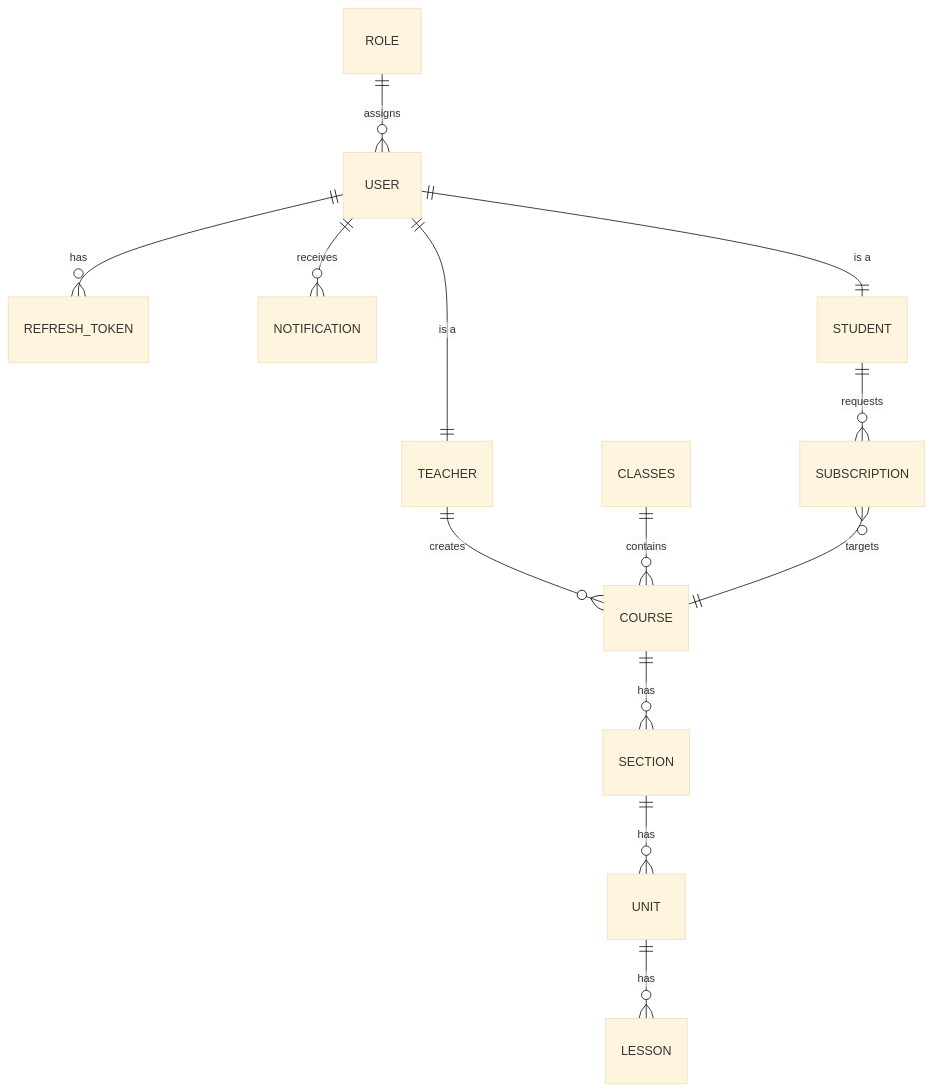
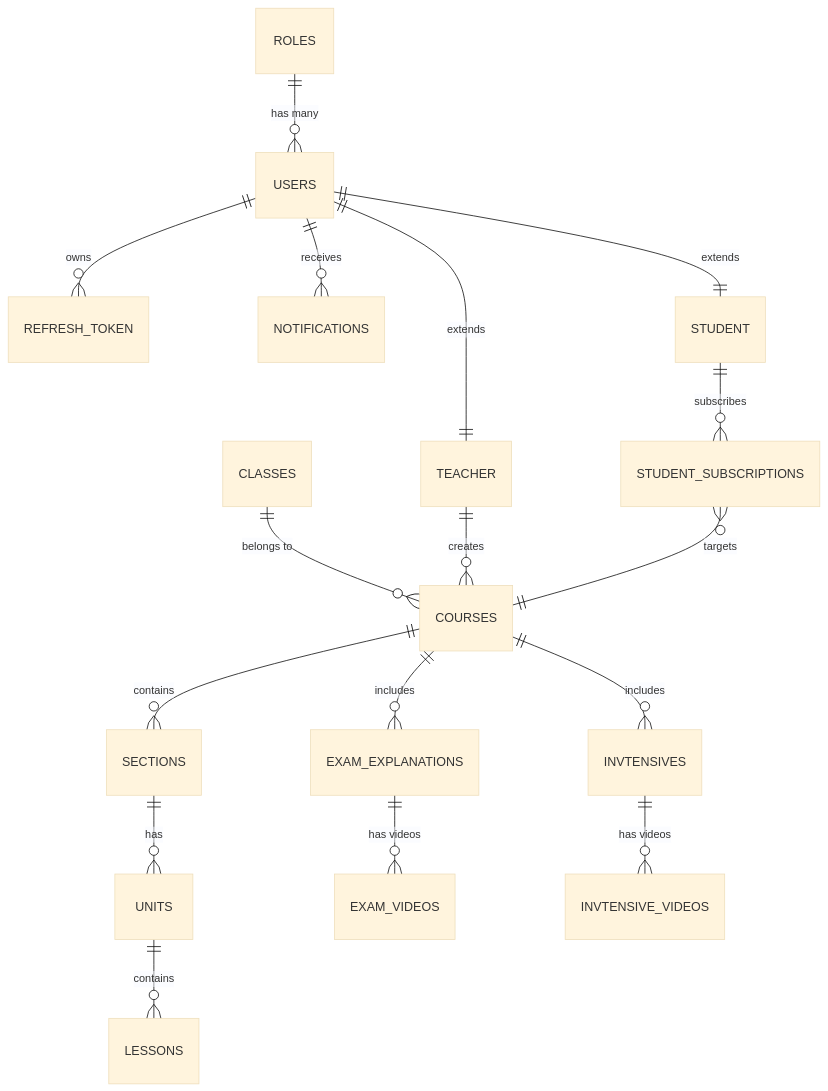
One commit to ahmadyoussefabuhassan/E-Learning changed the diagram in README.md. Above: the diagram before and after it, drawn with Mermaid (base theme). The commit also changed other lines of this file, not shown here.

````diff
--- a/README.md
+++ b/README.md
@@ -42,18 +28,24 @@
 ```mermaid
 erDiagram
-    USER ||--o{ REFRESH_TOKEN : has
-    USER ||--o{ NOTIFICATION : receives
-    USER ||--|| TEACHER : "is a"
-    USER ||--|| STUDENT : "is a"
-    ROLE ||--o{ USER : assigns
+    ROLES ||--o{ USERS : "has many"
+    USERS ||--o{ REFRESH_TOKEN : "owns"
+    USERS ||--o{ NOTIFICATIONS : "receives"
+    USERS ||--|| STUDENT : "extends"
+    USERS ||--|| TEACHER : "extends"
     
-    TEACHER ||--o{ COURSE : creates
-    CLASSES ||--o{ COURSE : contains
+    CLASSES ||--o{ COURSES : "belongs to"
+    TEACHER ||--o{ COURSES : "creates"
     
-    COURSE ||--o{ SECTION : has
-    SECTION ||--o{ UNIT : has
-    UNIT ||--o{ LESSON : has
+    COURSES ||--o{ SECTIONS : "contains"
+    COURSES ||--o{ EXAM_EXPLANATIONS : "includes"
+    COURSES ||--o{ INVTENSIVES : "includes"
     
-    STUDENT ||--o{ SUBSCRIPTION : requests
-    SUBSCRIPTION }o--|| COURSE : "targets"
+    SECTIONS ||--o{ UNITS : "has"
+    UNITS ||--o{ LESSONS : "contains"
+    
+    EXAM_EXPLANATIONS ||--o{ EXAM_VIDEOS : "has videos"
+    INVTENSIVES ||--o{ INVTENSIVE_VIDEOS : "has videos"
+    
+    STUDENT ||--o{ STUDENT_SUBSCRIPTIONS : "subscribes"
+    STUDENT_SUBSCRIPTIONS }o--|| COURSES : "targets"
 ```
````
